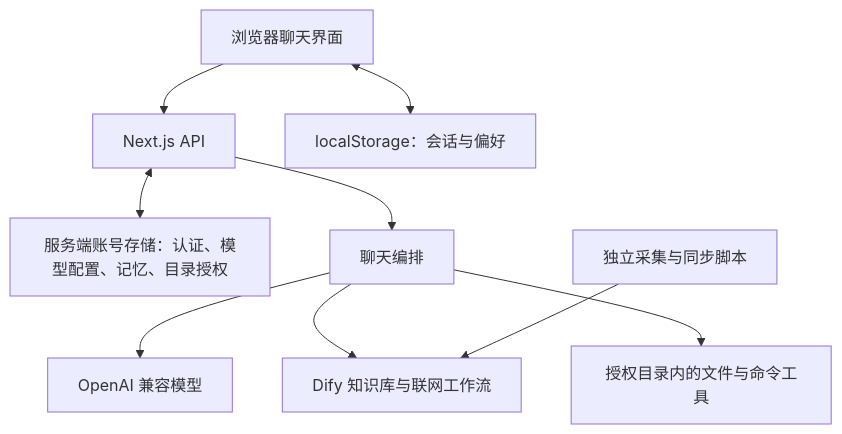
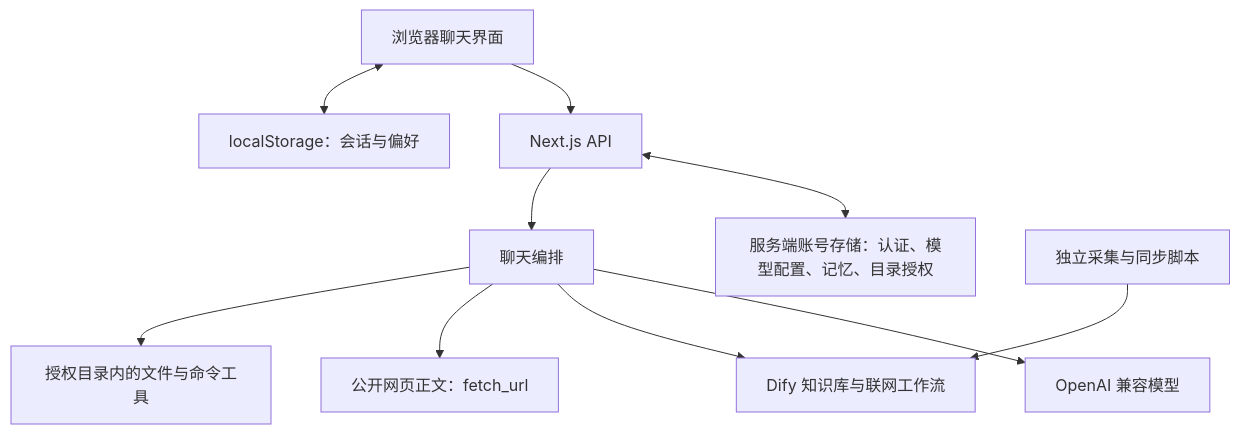
Before and after one commit to SirenaLyu/four-piggies-repository: the diagram in README.md, drawn with Mermaid. The commit also changed other lines of this file, not shown here.

````diff
--- a/README.md
+++ b/README.md
@@ -45,11 +48,12 @@
 ```mermaid
 flowchart TD
     UI[浏览器聊天界面] --> API[Next.js API]
     UI <--> Local[localStorage：会话与偏好]
     API <--> Accounts[服务端账号存储：认证、模型配置、记忆、目录授权]
     API --> Chat[聊天编排]
     Chat --> Model[OpenAI 兼容模型]
     Chat --> Dify[Dify 知识库与联网工作流]
+    Chat --> Web[公开网页正文：fetch_url]
     Chat --> Agent[授权目录内的文件与命令工具]
     Scripts[独立采集与同步脚本] --> Dify
 ```
````
